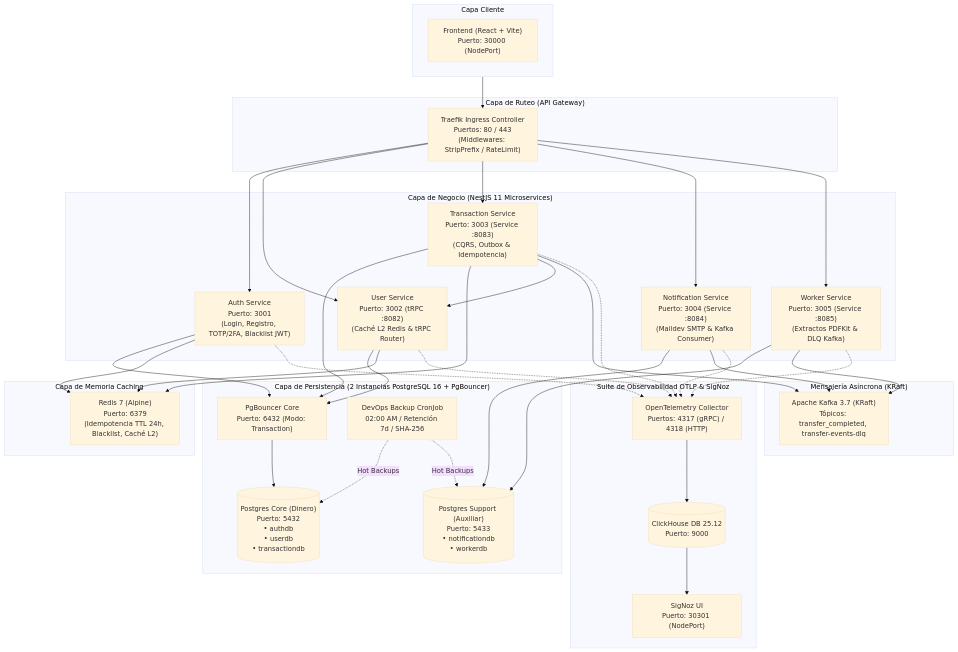
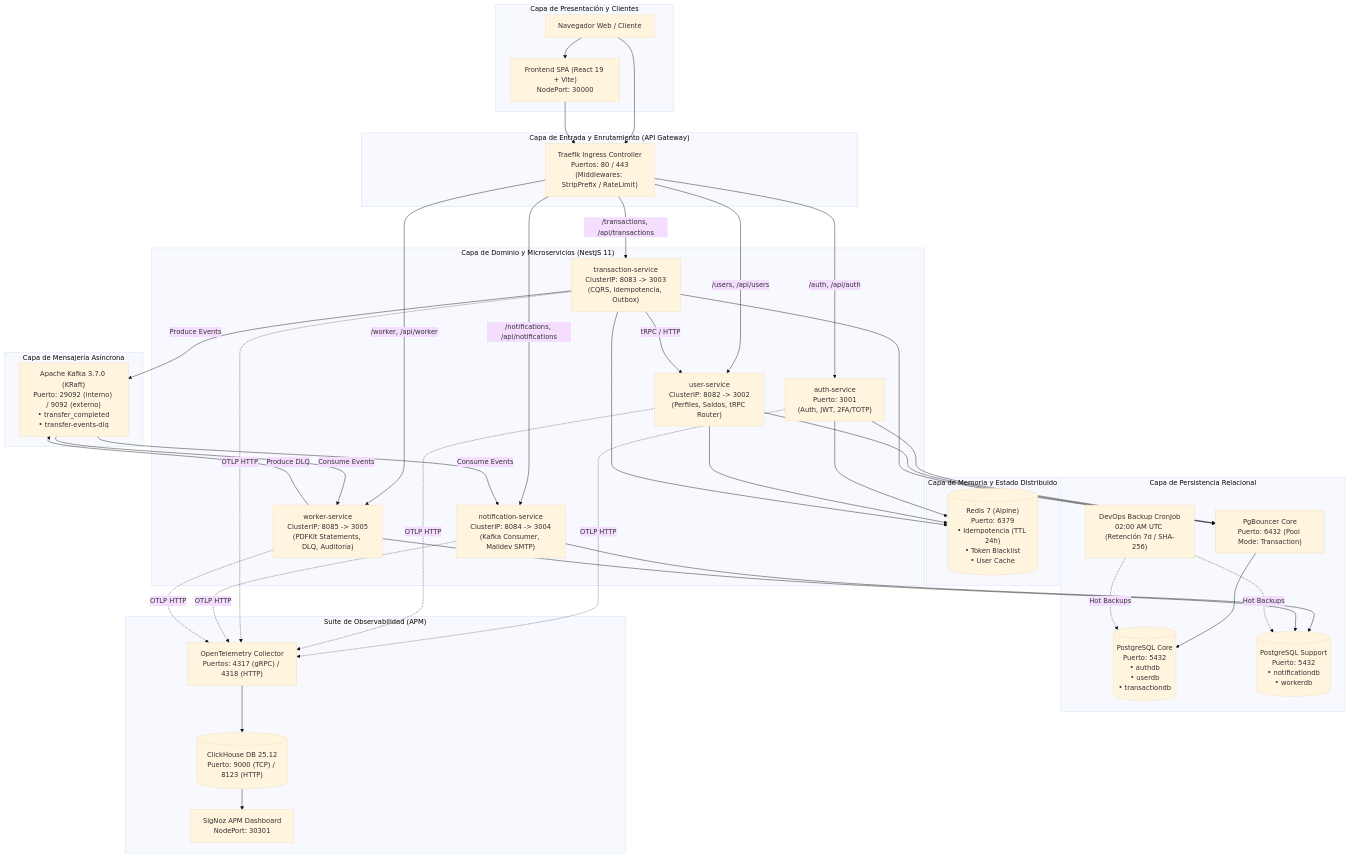
The first of 3 diagrams in README.md (bleidertcs/fintech-wallet), drawn with Mermaid (base theme) before and after one commit. The commit also changed other lines of this file and 117 other files, not shown here.

Commit message:
feat: integrate design-doc-mermaid and documentation-writer agent skills, expand documentation, and update graphify build outputs.

````diff
--- a/README.md
+++ b/README.md
@@ -9,69 +67,76 @@
 ```mermaid
 graph TD
-    subgraph Client ["Capa Cliente"]
-        Frontend["Frontend (React + Vite)<br>Puerto: 30000 (NodePort)"]
+    subgraph ClientLayer ["Capa de Presentación y Clientes"]
+        Browser["Navegador Web / Cliente"]
+        Frontend["Frontend SPA (React 19 + Vite)<br>NodePort: 30000"]
     end
 
-    subgraph Gateway ["Capa de Ruteo (API Gateway)"]
+    subgraph GatewayLayer ["Capa de Entrada y Enrutamiento (API Gateway)"]
         Traefik["Traefik Ingress Controller<br>Puertos: 80 / 443<br>(Middlewares: StripPrefix / RateLimit)"]
     end
 
-    subgraph Microservices ["Capa de Negocio (NestJS 11 Microservices)"]
-        AuthService["Auth Service<br>Puerto: 3001<br>(Login, Registro, TOTP/2FA, Blacklist JWT)"]
-        UserService["User Service<br>Puerto: 3002 (tRPC :8082)<br>(Caché L2 Redis & tRPC Router)"]
-        TransactionService["Transaction Service<br>Puerto: 3003 (Service :8083)<br>(CQRS, Outbox & Idempotencia)"]
-        NotificationService["Notification Service<br>Puerto: 3004 (Service :8084)<br>(Maildev SMTP & Kafka Consumer)"]
-        WorkerService["Worker Service<br>Puerto: 3005 (Service :8085)<br>(Extractos PDFKit & DLQ Kafka)"]
+    subgraph MicroservicesLayer ["Capa de Dominio y Microservicios (NestJS 11)"]
+        AuthSvc["auth-service<br>Puerto: 3001<br>(Auth, JWT, 2FA/TOTP)"]
+        UserSvc["user-service<br>ClusterIP: 8082 -> 3002<br>(Perfiles, Saldos, tRPC Router)"]
+        TxSvc["transaction-service<br>ClusterIP: 8083 -> 3003<br>(CQRS, Idempotencia, Outbox)"]
+        NotifSvc["notification-service<br>ClusterIP: 8084 -> 3004<br>(Kafka Consumer, Maildev SMTP)"]
+        WorkerSvc["worker-service<br>ClusterIP: 8085 -> 3005<br>(PDFKit Statements, DLQ, Auditoría)"]
     end
 
-    subgraph CacheLayer ["Capa de Memoria Caching"]
-        Redis["Redis 7 (Alpine)<br>Puerto: 6379<br>(Idempotencia TTL 24h, Blacklist, Caché L2)"]
+    subgraph CacheAndState ["Capa de Memoria y Estado Distribuido"]
+        RedisNode[("Redis 7 (Alpine)<br>Puerto: 6379<br>• Idempotencia (TTL 24h)<br>• Token Blacklist<br>• User Cache")]
     end
 
-    subgraph Messaging ["Mensajería Asíncrona (KRaft)"]
-        Kafka["Apache Kafka 3.7 (KRaft)<br>Tópicos: transfer_completed, transfer-events-dlq"]
+    subgraph EventStreaming ["Capa de Mensajería Asíncrona"]
+        KafkaBroker["Apache Kafka 3.7.0 (KRaft)<br>Puerto: 29092 (interno) / 9092 (externo)<br>• transfer_completed<br>• transfer-events-dlq"]
     end
 
-    subgraph Database ["Capa de Persistencia (2 Instancias PostgreSQL 16 + PgBouncer)"]
-        PgBouncer["PgBouncer Core<br>Puerto: 6432 (Modo: Transaction)"]
-        PostgresCore[("Postgres Core (Dinero)<br>Puerto: 5432<br>• authdb<br>• userdb<br>• transactiondb")]
-        PostgresSupport[("Postgres Support (Auxiliar)<br>Puerto: 5433<br>• notificationdb<br>• workerdb")]
-        BackupCron["DevOps Backup CronJob<br>02:00 AM / Retención 7d / SHA-256"]
+    subgraph PersistenceLayer ["Capa de Persistencia Relacional"]
+        PgBouncerNode["PgBouncer Core<br>Puerto: 6432 (Pool Mode: Transaction)"]
+        PostgresCore[("PostgreSQL Core<br>Puerto: 5432<br>• authdb<br>• userdb<br>• transactiondb")]
+        PostgresSupport[("PostgreSQL Support<br>Puerto: 5432<br>• notificationdb<br>• workerdb")]
+        BackupJob["DevOps Backup CronJob<br>02:00 AM UTC (Retención 7d / SHA-256)"]
     end
 
-    subgraph Observability ["Suite de Observabilidad OTLP & SigNoz"]
-        OTelCollector["OpenTelemetry Collector<br>Puertos: 4317 (gRPC) / 4318 (HTTP)"]
-        ClickHouse[("ClickHouse DB 25.12<br>Puerto: 9000")]
-        SigNoz["SigNoz UI<br>Puerto: 30301 (NodePort)"]
+    subgraph ObservabilityLayer ["Suite de Observabilidad (APM)"]
+        OTelCol["OpenTelemetry Collector<br>Puertos: 4317 (gRPC) / 4318 (HTTP)"]
+        ClickHouseDB[("ClickHouse DB 25.12<br>Puerto: 9000 (TCP) / 8123 (HTTP)")]
+        SigNozUI["SigNoz APM Dashboard<br>NodePort: 30301"]
     end
 
-    Client --> Traefik
-    Traefik --> AuthService
-    Traefik --> UserService
-    Traefik --> TransactionService
-    Traefik --> NotificationService
-    Traefik --> WorkerService
+    Browser --> Frontend
+    Browser --> Traefik
+    Frontend --> Traefik
 
-    AuthService --> PgBouncer
-    AuthService --> Redis
-    UserService --> PgBouncer
-    UserService --> Redis
-    TransactionService --> PgBouncer
-    TransactionService --> Redis
-    PgBouncer --> PostgresCore
-    TransactionService --> UserService
-    TransactionService --> Kafka
-    NotificationService --> PostgresSupport
-    NotificationService --> Kafka
-    WorkerService --> PostgresSupport
-    WorkerService --> Kafka
-    BackupCron -.->|Hot Backups| PostgresCore & PostgresSupport
+    Traefik -->|/auth, /api/auth| AuthSvc
+    Traefik -->|/users, /api/users| UserSvc
+    Traefik -->|/transactions, /api/transactions| TxSvc
+    Traefik -->|/notifications, /api/notifications| NotifSvc
+    Traefik -->|/worker, /api/worker| WorkerSvc
 
-    AuthService -.-> OTelCollector
-    UserService -.-> OTelCollector
-    TransactionService -.-> OTelCollector
-    NotificationService -.-> OTelCollector
-    WorkerService -.-> OTelCollector
-    OTelCollector --> ClickHouse
-    ClickHouse --> SigNoz
+    AuthSvc --> PgBouncerNode
+    AuthSvc --> RedisNode
+    UserSvc --> PgBouncerNode
+    UserSvc --> RedisNode
+    TxSvc --> PgBouncerNode
+    TxSvc --> RedisNode
+    PgBouncerNode --> PostgresCore
+
+    TxSvc -->|tRPC / HTTP| UserSvc
+    TxSvc -->|Produce Events| KafkaBroker
+    KafkaBroker -->|Consume Events| NotifSvc
+    KafkaBroker -->|Consume Events| WorkerSvc
+    WorkerSvc -->|Produce DLQ| KafkaBroker
+
+    NotifSvc --> PostgresSupport
+    WorkerSvc --> PostgresSupport
+    BackupJob -.->|Hot Backups| PostgresCore & PostgresSupport
+
+    AuthSvc -.->|OTLP HTTP| OTelCol
+    UserSvc -.->|OTLP HTTP| OTelCol
+    TxSvc -.->|OTLP HTTP| OTelCol
+    NotifSvc -.->|OTLP HTTP| OTelCol
+    WorkerSvc -.->|OTLP HTTP| OTelCol
+    OTelCol --> ClickHouseDB
+    ClickHouseDB --> SigNozUI
 ```
````
